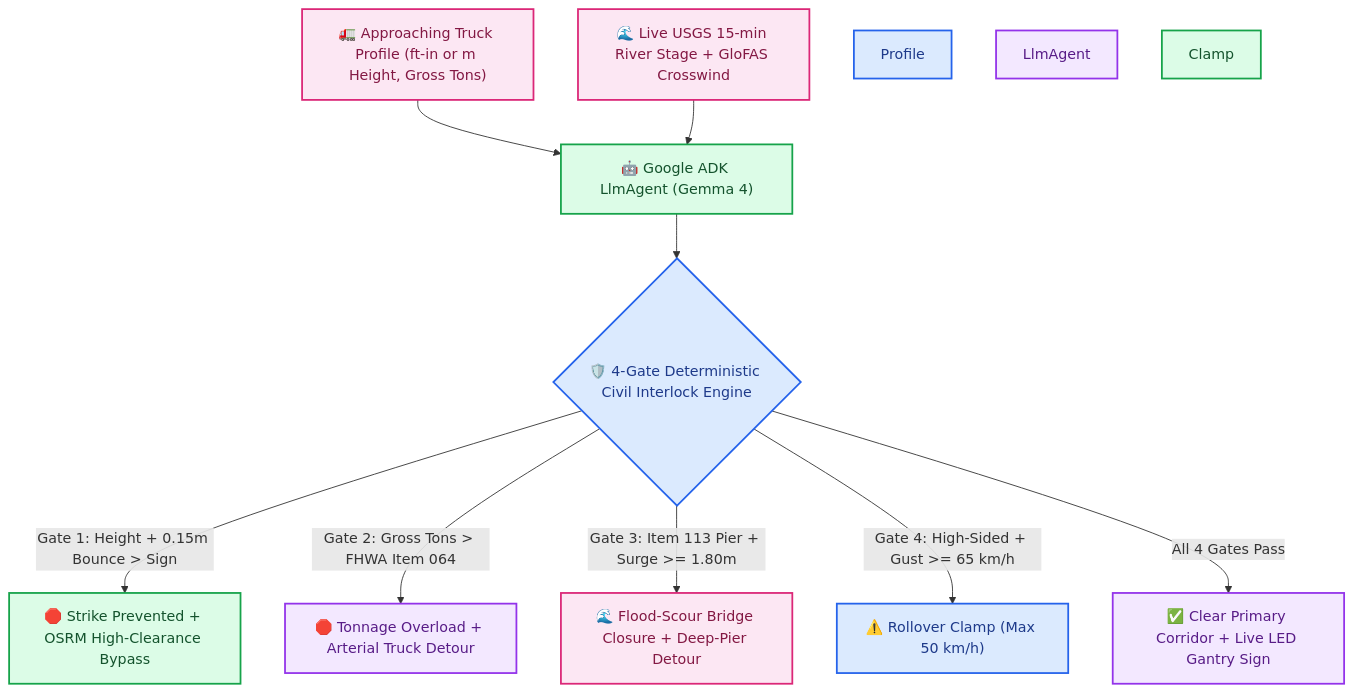
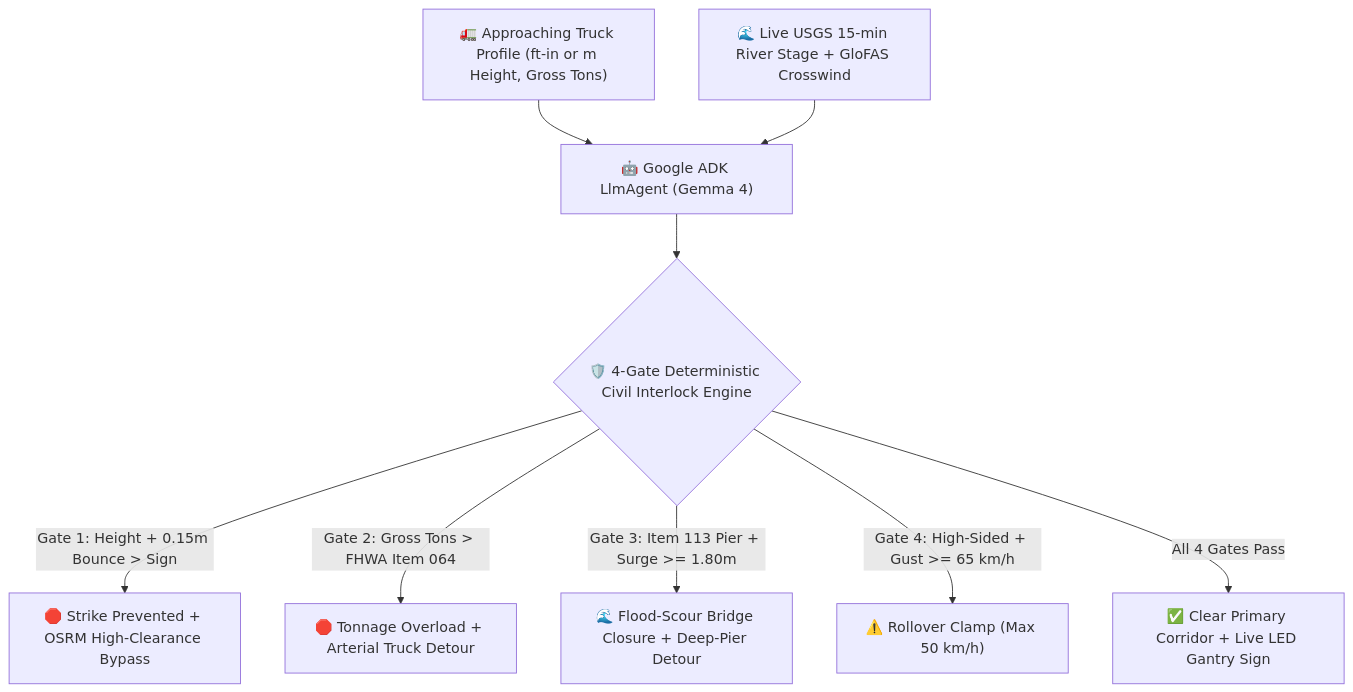
One commit to RobinaMirbahar/bridgespan-ai changed the diagram in README.md. Above: the diagram before and after it, drawn with Mermaid.

Commit message:
docs: revert Mermaid color overrides for crisp native GitHub rendering and consolidate header

````diff
--- a/README.md
+++ b/README.md
@@ -43,23 +43,11 @@
 ```mermaid
 flowchart TD
     A["🚛 Approaching Truck Profile (ft-in or m Height, Gross Tons)"] --> B["🤖 Google ADK LlmAgent (Gemma 4)"]
     H["🌊 Live USGS 15-min River Stage + GloFAS Crosswind"] --> B
     B --> C{"🛡️ 4-Gate Deterministic Civil Interlock Engine"}
     C -->|"Gate 1: Height + 0.15m Bounce > Sign"| D["🛑 Strike Prevented + OSRM High-Clearance Bypass"]
     C -->|"Gate 2: Gross Tons > FHWA Item 064"| E["🛑 Tonnage Overload + Arterial Truck Detour"]
     C -->|"Gate 3: Item 113 Pier + Surge >= 1.80m"| F["🌊 Flood-Scour Bridge Closure + Deep-Pier Detour"]
     C -->|"Gate 4: High-Sided + Gust >= 65 km/h"| G["⚠️ Rollover Clamp (Max 50 km/h)"]
     C -->|"All 4 Gates Pass"| I["✅ Clear Primary Corridor + Live LED Gantry Sign"]
-    style A fill:#fce7f3,stroke:#db2777,stroke-width:2px,color:#831843
-    style Profile fill:#dbeafe,stroke:#2563eb,stroke-width:2px,color:#1e3a8a
-    style B fill:#dcfce7,stroke:#16a34a,stroke-width:2px,color:#14532d
-    style LlmAgent fill:#f3e8ff,stroke:#9333ea,stroke-width:2px,color:#581c87
-    style H fill:#fce7f3,stroke:#db2777,stroke-width:2px,color:#831843
-    style C fill:#dbeafe,stroke:#2563eb,stroke-width:2px,color:#1e3a8a
-    style D fill:#dcfce7,stroke:#16a34a,stroke-width:2px,color:#14532d
-    style E fill:#f3e8ff,stroke:#9333ea,stroke-width:2px,color:#581c87
-    style F fill:#fce7f3,stroke:#db2777,stroke-width:2px,color:#831843
-    style G fill:#dbeafe,stroke:#2563eb,stroke-width:2px,color:#1e3a8a
-    style Clamp fill:#dcfce7,stroke:#16a34a,stroke-width:2px,color:#14532d
-    style I fill:#f3e8ff,stroke:#9333ea,stroke-width:2px,color:#581c87
 ```
````
